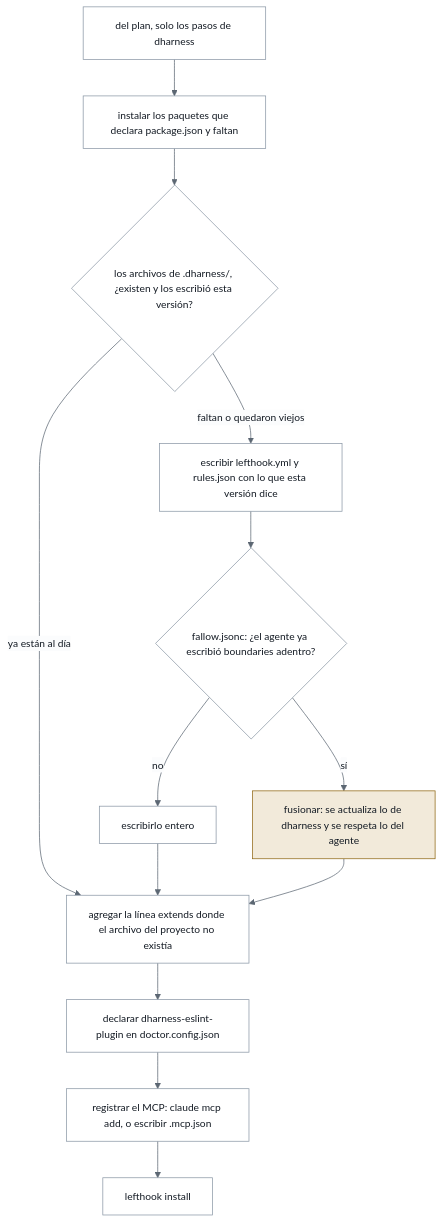
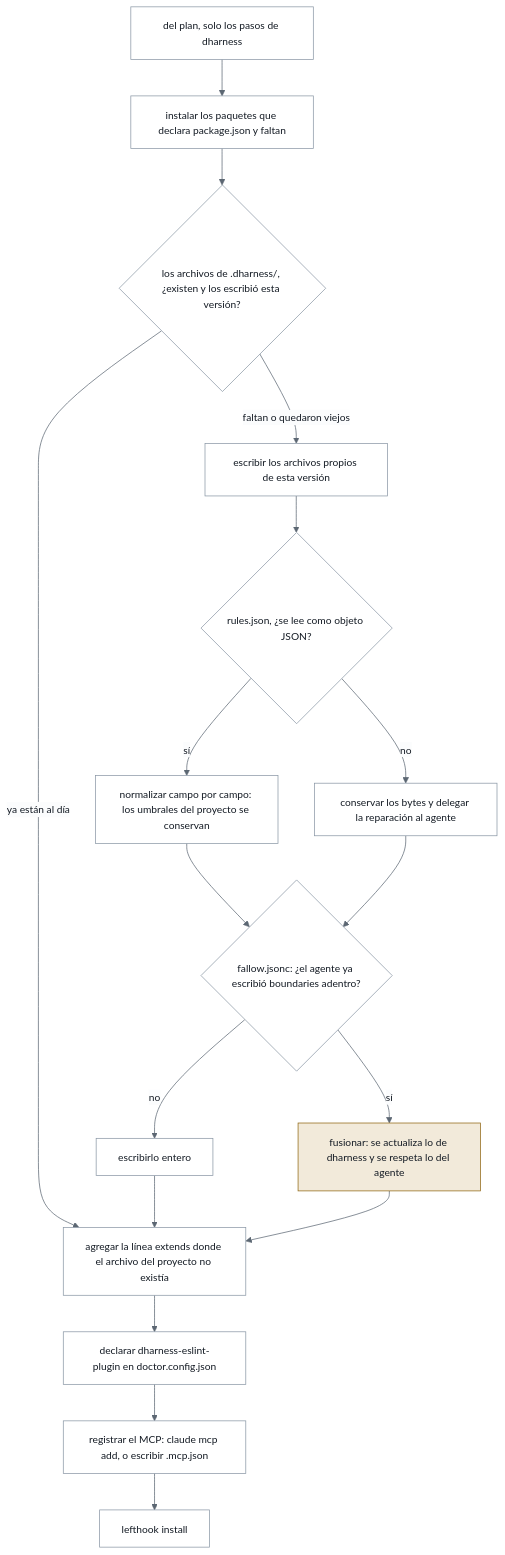
The third of 8 diagrams in docs/flujo-implementado.md (Disble/dharness), drawn with Mermaid before and after one commit. The commit also changed other lines of this file and 15 other files, not shown here.

````diff
--- a/docs/flujo-implementado.md
+++ b/docs/flujo-implementado.md
@@ -173,18 +190,23 @@
 ```mermaid
 %%{init: {"theme":"base","themeVariables":{"background":"#fbfcfd","primaryColor":"#ffffff","primaryTextColor":"#141b24","primaryBorderColor":"#8a97a5","lineColor":"#5c6773","textColor":"#141b24","mainBkg":"#ffffff","nodeBorder":"#8a97a5","clusterBkg":"#eef1f4","clusterBorder":"#c3ccd5","titleColor":"#1a5570","edgeLabelBackground":"#fbfcfd","fontSize":"14px"},"flowchart":{"htmlLabels":true,"wrappingWidth":190,"useMaxWidth":true}}}%%
 flowchart TD
     PLAN["del plan, solo los pasos de dharness"] --> A1["instalar los paquetes que declara package.json y faltan"]
     A1 --> A2{"los archivos de .dharness/, ¿existen y los escribió esta versión?"}
-    A2 -->|"faltan o quedaron viejos"| A2W["escribir lefthook.yml y rules.json con lo que esta versión dice"]
+    A2 -->|"faltan o quedaron viejos"| A2W["escribir los archivos propios de esta versión"]
     A2 -->|"ya están al día"| A3
-    A2W --> A2F{"fallow.jsonc: ¿el agente ya escribió boundaries adentro?"}
+    A2W --> A2T{"rules.json, ¿se lee como objeto JSON?"}
+    A2T -->|"sí"| A2N["normalizar campo por campo: los umbrales del proyecto se conservan"]
+    A2T -->|"no"| A2P["conservar los bytes y delegar la reparación al agente"]
+    A2N --> A2F
+    A2P --> A2F
+    A2F{"fallow.jsonc: ¿el agente ya escribió boundaries adentro?"}
     A2F -->|"no"| A2D["escribirlo entero"]
     A2F -->|"sí"| A2M["fusionar: se actualiza lo de dharness y se respeta lo del agente"]
     A2D --> A3["agregar la línea extends donde el archivo del proyecto no existía"]
     A2M --> A3
     A3 --> A4["declarar dharness-eslint-plugin en doctor.config.json"]
     A4 --> A5["registrar el MCP: claude mcp add, o escribir .mcp.json"]
     A5 --> A6["lefthook install"]
 
     style A2M fill:#f2eada,stroke:#8f6612
 ```
````
